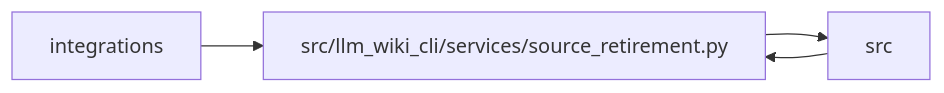
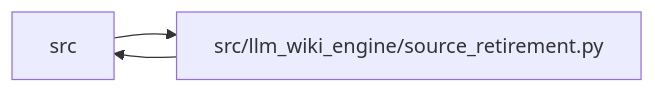
One commit to Denissvgn/python-wiki-llm changed the diagram in docs/llm_wiki/modules/source_retirement.md. Above: the diagram before and after it, drawn with Mermaid. The commit also changed other lines of this file and 1058 other files, not shown here.

````diff
--- a/docs/llm_wiki/modules/source_retirement.md
+++ b/docs/llm_wiki/modules/source_retirement.md
@@ -49,10 +49,8 @@
 ```mermaid
 flowchart LR
-    n0["integrations"]
-    n1["src"]
-    n2["src/llm_wiki_cli/services/source_retirement.py"]
-    n0 --> n2
-    n1 --> n2
-    n2 --> n1
-    click n2 "../modules/source_retirement.md"
+    n0["src"]
+    n1["src/llm_wiki_engine/source_retirement.py"]
+    n0 --> n1
+    n1 --> n0
+    click n1 "../modules/source_retirement.md"
 ```
````
